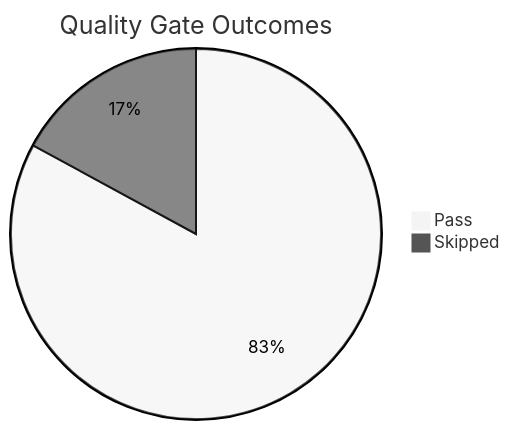
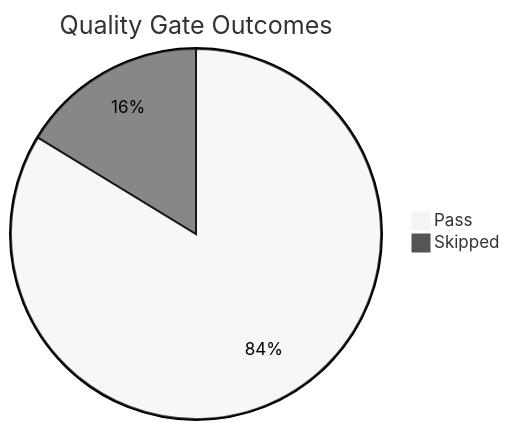
The diagram in docs/meta/golden-status.md (yeongseon/azure-app-service-practical-guide), drawn with Mermaid (neutral theme) before and after one commit. The commit also changed other lines of this file and 12 other files, not shown here.

First line of the commit message:
docs(diagrams): inventory and classify existing diagrams (#293)

````diff
--- a/docs/meta/golden-status.md
+++ b/docs/meta/golden-status.md
@@ -44,5 +44,5 @@
 ```mermaid
 pie title Quality Gate Outcomes
-    "Pass" : 34
+    "Pass" : 36
     "Skipped" : 7
 ```
````
